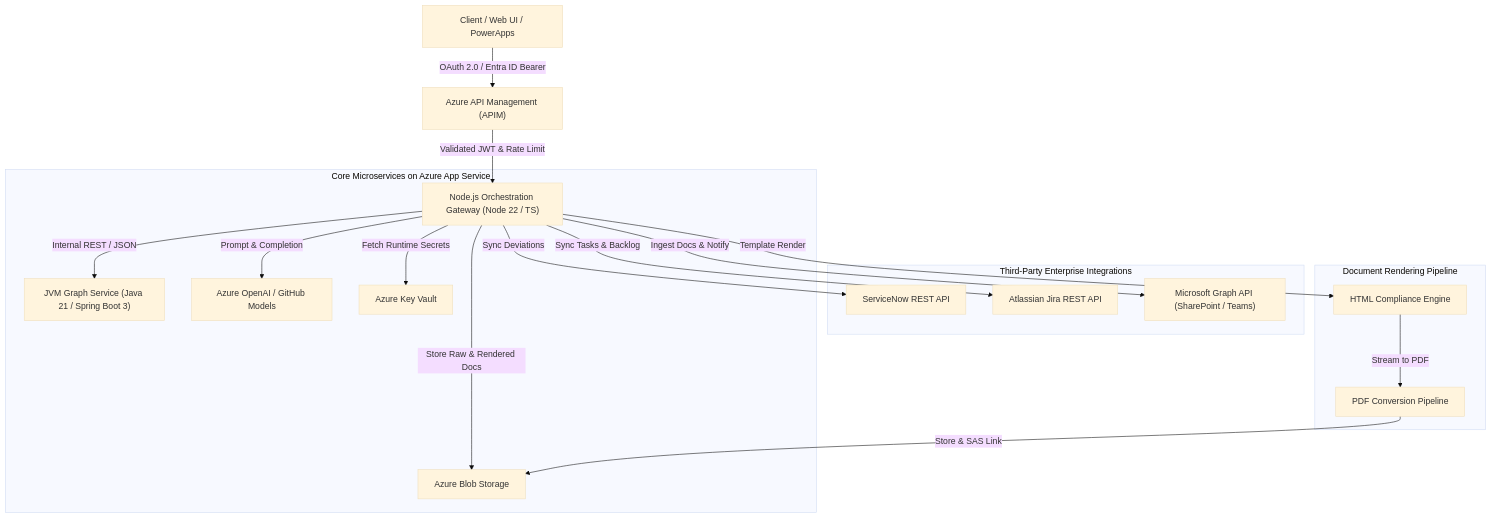
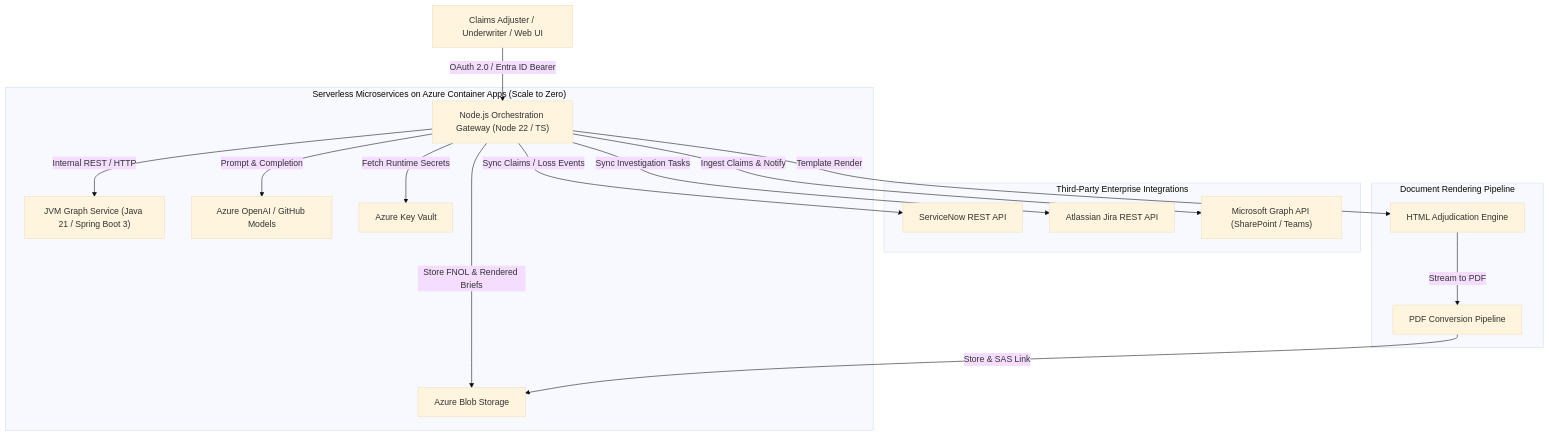
The diagram in project_charter.md (anjani2016/azure-enterprise-graphrag), drawn with Mermaid (base theme) before and after one commit. The commit also changed other lines of this file and 12 other files, not shown here.

Commit message:
feat(insurance): pivot GraphRAG to insurance claims domain and add serverless Azure Container Apps IaC

````diff
--- a/project_charter.md
+++ b/project_charter.md
@@ -25,24 +25,23 @@
 ```mermaid
 flowchart TD
-    Client["Client / Web UI / PowerApps"] -->|OAuth 2.0 / Entra ID Bearer| APIM["Azure API Management (APIM)"]
-    APIM -->|Validated JWT & Rate Limit| NodeGW["Node.js Orchestration Gateway (Node 22 / TS)"]
+    Client["Claims Adjuster / Underwriter / Web UI"] -->|OAuth 2.0 / Entra ID Bearer| NodeGW["Node.js Orchestration Gateway (Node 22 / TS)"]
     
-    subgraph "Core Microservices on Azure App Service"
-        NodeGW -->|Internal REST / JSON| JVMGraph["JVM Graph Service (Java 21 / Spring Boot 3)"]
+    subgraph "Serverless Microservices on Azure Container Apps (Scale to Zero)"
+        NodeGW -->|Internal REST / HTTP| JVMGraph["JVM Graph Service (Java 21 / Spring Boot 3)"]
         NodeGW -->|Prompt & Completion| AzureOpenAI["Azure OpenAI / GitHub Models"]
-        NodeGW -->|Store Raw & Rendered Docs| BlobStore["Azure Blob Storage"]
+        NodeGW -->|Store FNOL & Rendered Briefs| BlobStore["Azure Blob Storage"]
         NodeGW -->|Fetch Runtime Secrets| KeyVault["Azure Key Vault"]
     end
 
     subgraph "Third-Party Enterprise Integrations"
-        NodeGW -->|Sync Deviations| SNow["ServiceNow REST API"]
-        NodeGW -->|Sync Tasks & Backlog| Jira["Atlassian Jira REST API"]
-        NodeGW -->|Ingest Docs & Notify| MSGraph["Microsoft Graph API (SharePoint / Teams)"]
+        NodeGW -->|Sync Claims / Loss Events| SNow["ServiceNow REST API"]
+        NodeGW -->|Sync Investigation Tasks| Jira["Atlassian Jira REST API"]
+        NodeGW -->|Ingest Claims & Notify| MSGraph["Microsoft Graph API (SharePoint / Teams)"]
     end
 
     subgraph "Document Rendering Pipeline"
-        NodeGW -->|Template Render| HTMLGen["HTML Compliance Engine"]
+        NodeGW -->|Template Render| HTMLGen["HTML Adjudication Engine"]
         HTMLGen -->|Stream to PDF| PDFGen["PDF Conversion Pipeline"]
         PDFGen -->|Store & SAS Link| BlobStore
     end
 ```
````
